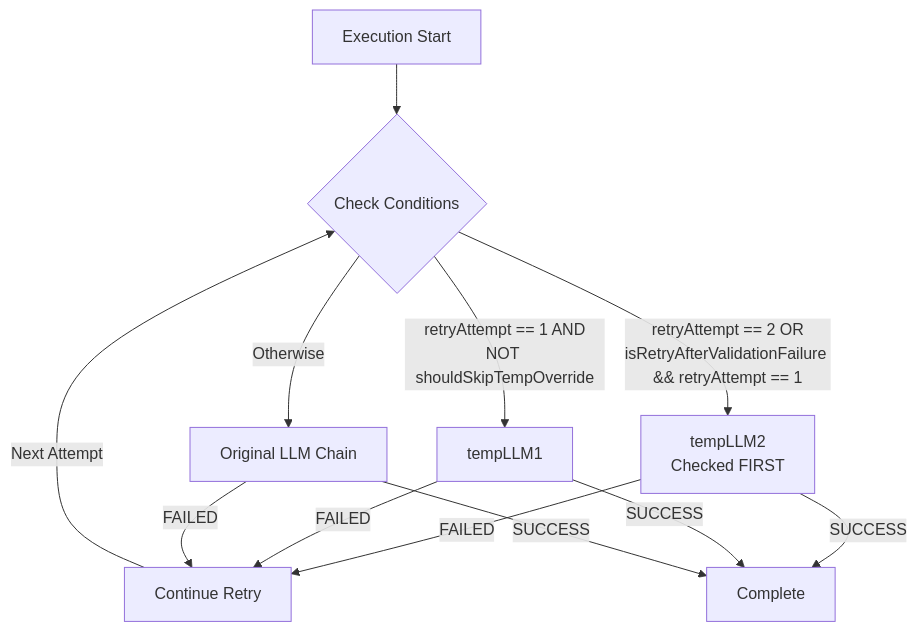
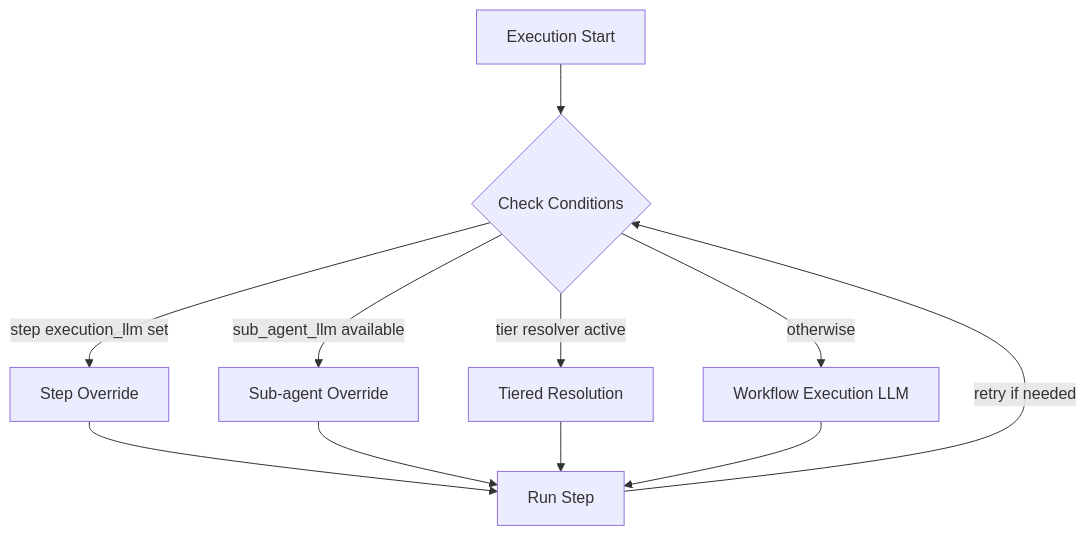
The diagram in docs/core/llm_configuration_and_resilience.md (manishiitg/coding-agent-loop), drawn with Mermaid before and after one commit. The commit also changed other lines of this file and 275 other files, not shown here.

````diff
--- a/docs/core/llm_configuration_and_resilience.md
+++ b/docs/core/llm_configuration_and_resilience.md
@@ -163,14 +163,13 @@
 ```mermaid
 graph TD
     A[Execution Start] --> B{Check Conditions}
-    B -->|retryAttempt == 2 OR<br/>isRetryAfterValidationFailure && retryAttempt == 1| C[tempLLM2<br/>Checked FIRST]
-    B -->|retryAttempt == 1 AND<br/>NOT shouldSkipTempOverride| D[tempLLM1]
-    B -->|Otherwise| E[Original LLM Chain]
-    C -->|FAILED| F[Continue Retry]
-    C -->|SUCCESS| G[Complete]
-    D -->|FAILED| F
-    D -->|SUCCESS| G
-    E -->|FAILED| F
-    E -->|SUCCESS| G
-    F -->|Next Attempt| B
+    B -->|step execution_llm set| C[Step Override]
+    B -->|sub_agent_llm available| D[Sub-agent Override]
+    B -->|tier resolver active| E[Tiered Resolution]
+    B -->|otherwise| F[Workflow Execution LLM]
+    C --> G[Run Step]
+    D --> G
+    E --> G
+    F --> G
+    G -->|retry if needed| B
 ```
````
